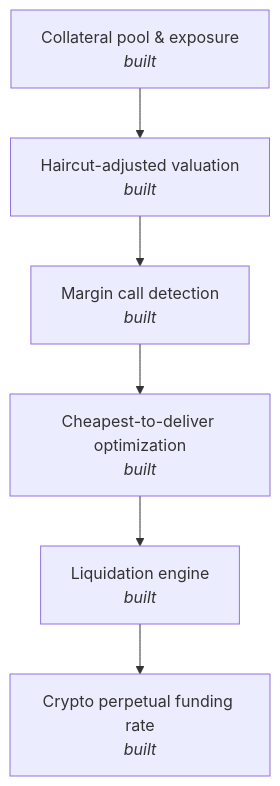
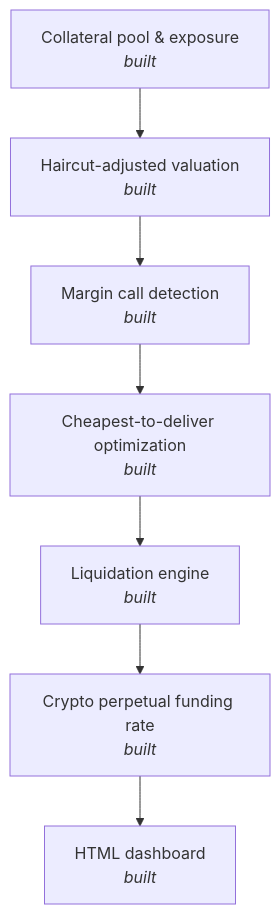
The diagram in README.md (yuschajp/collateral_engine), drawn with Mermaid before and after one commit. The commit also changed other lines of this file and 2 other files, not shown here.

Commit message:
Add HTML dashboard combining margin call, optimization, liquidation, and funding into one view

````diff
--- a/README.md
+++ b/README.md
@@ -11,8 +11,9 @@
 ```mermaid
 flowchart TD
     A[Collateral pool & exposure<br/><i>built</i>] --> B[Haircut-adjusted valuation<br/><i>built</i>]
     B --> C[Margin call detection<br/><i>built</i>]
     C --> D[Cheapest-to-deliver optimization<br/><i>built</i>]
     D --> E[Liquidation engine<br/><i>built</i>]
     E --> F[Crypto perpetual funding rate<br/><i>built</i>]
+    F --> G[HTML dashboard<br/><i>built</i>]
 ```
````
